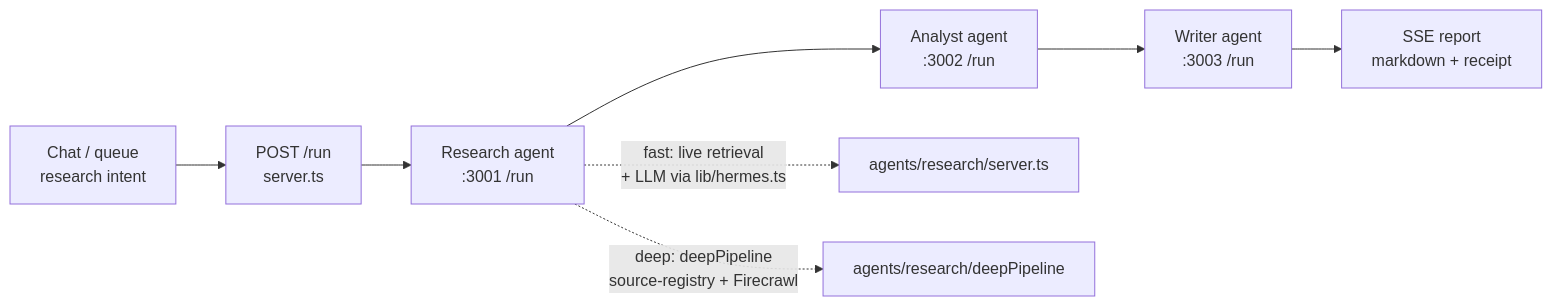
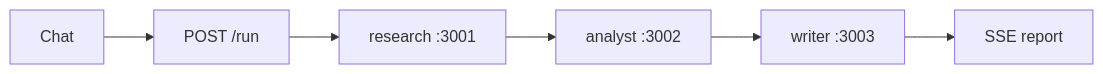
The third of 3 diagrams in README.md (Snehal707/Agentflow), drawn with Mermaid before and after one commit. The commit also changed other lines of this file, not shown here.

````diff
--- a/README.md
+++ b/README.md
@@ -186,11 +112,8 @@
 ```mermaid
 flowchart LR
-  Chat["Chat / queue\nresearch intent"] --> Run["POST /run\nserver.ts"]
-  Run --> R["Research agent\n:3001 /run"]
-  R --> A["Analyst agent\n:3002 /run"]
-  A --> W["Writer agent\n:3003 /run"]
-  W --> Out["SSE report\nmarkdown + receipt"]
-
-  R -.->|"fast: live retrieval\n+ LLM via lib/hermes.ts"| FastPath["agents/research/server.ts"]
-  R -.->|"deep: deepPipeline\nsource-registry + Firecrawl"| DeepPath["agents/research/deepPipeline"]
+  Chat --> Run["POST /run"]
+  Run --> R["research :3001"]
+  R --> A["analyst :3002"]
+  A --> W["writer :3003"]
+  W --> Out["SSE report"]
 ```
````
